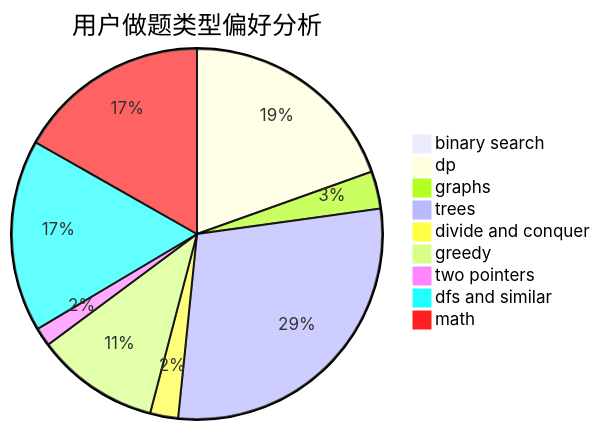
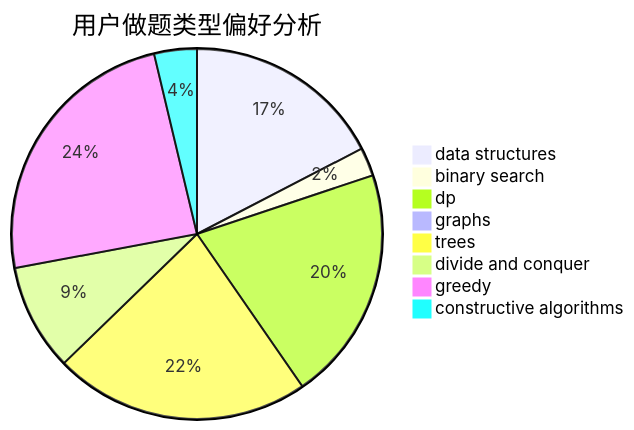
One commit to sherpahu/cfrs.github.io changed the second of 3 diagrams in docs/user/u2717.md. Above: the diagram before and after it, drawn with Mermaid. The commit also changed other lines of this file and 2775 other files, not shown here.

````diff
--- a/docs/user/u2717.md
+++ b/docs/user/u2717.md
@@ -23,12 +23,11 @@
 ```mermaid
 pie title 用户做题类型偏好分析
+    "data structures" :  28
     "binary search" :  4
-    "dp" :  120
-    "graphs" :  20
-    "trees" :  177
+    "dp" :  33
+    "graphs" :  0
+    "trees" :  36
     "divide and conquer" :  15
-    "greedy" :  66
-    "two pointers" :  10
-    "dfs and similar" :  103
-    "math" :  103
+    "greedy" :  39
+    "constructive algorithms" :  6
 ```
````
